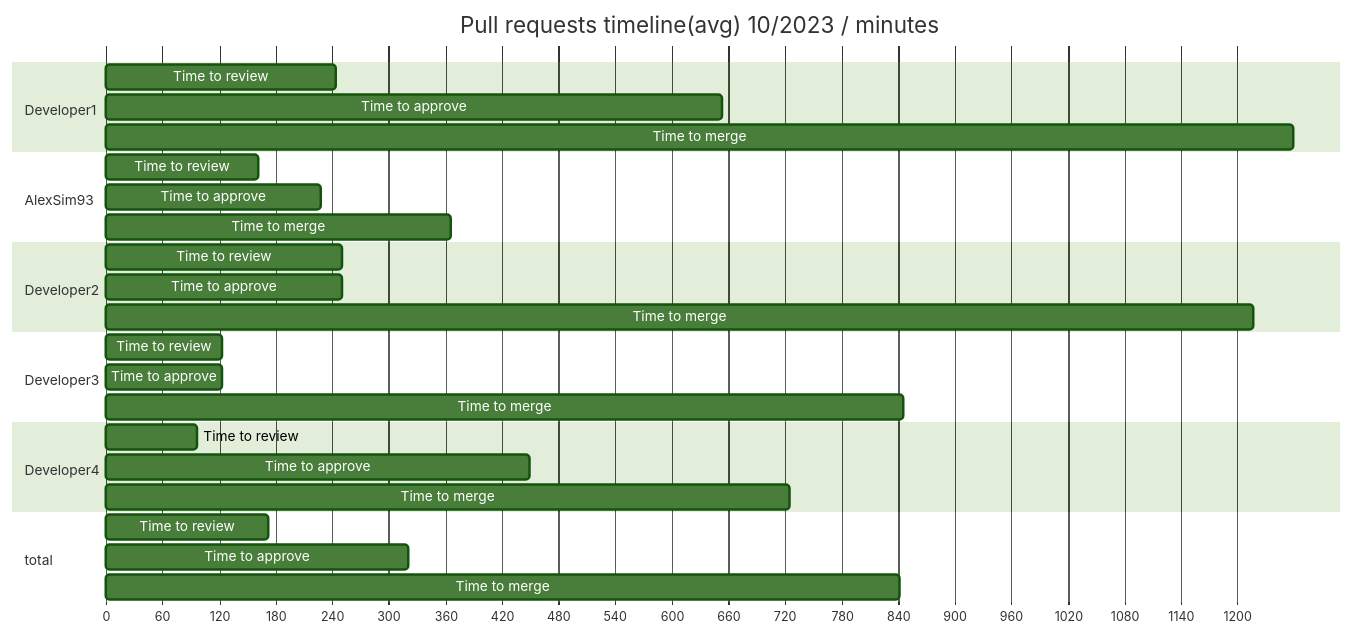
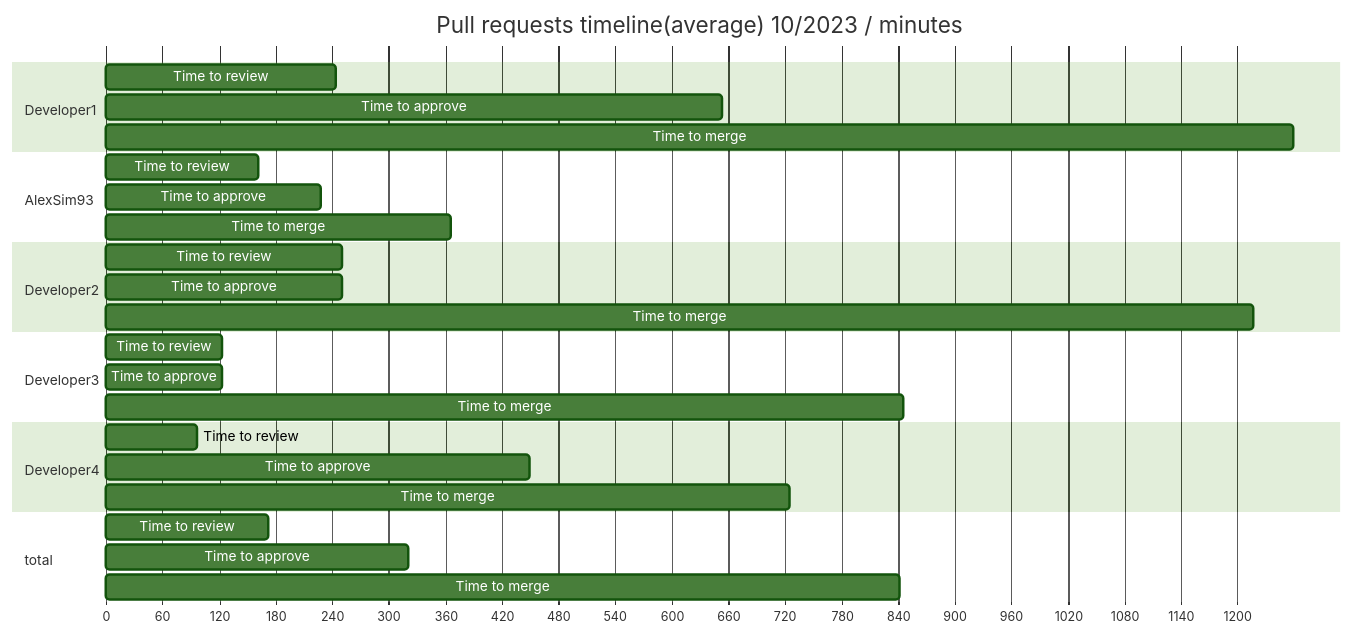
The fourth of 12 diagrams in examples/periodReport.md (AlexSim93/pull-request-analytics-action), drawn with Mermaid (forest theme) before and after one commit. The commit also changed other lines of this file and 12 other files, not shown here.

````diff
--- a/examples/periodReport.md
+++ b/examples/periodReport.md
@@ -201,36 +201,36 @@
 ```mermaid
 gantt
-title Pull requests timeline(avg) 10/2023 / minutes
+title Pull requests timeline(average) 10/2023 / minutes
 dateFormat X
 axisFormat %s
 section Developer1
                 Time to review :  0, 244
 Time to approve :  0, 654
 Time to merge :  0, 1259
 
 section AlexSim93
                 Time to review :  0, 162
 Time to approve :  0, 228
 Time to merge :  0, 366
 
 section Developer2
                 Time to review :  0, 250
 Time to approve :  0, 250
 Time to merge :  0, 1216
 
 section Developer3
                 Time to review :  0, 123
 Time to approve :  0, 123
 Time to merge :  0, 846
 
 section Developer4
                 Time to review :  0, 97
 Time to approve :  0, 449
 Time to merge :  0, 725
 
 section total
                 Time to review :  0, 172
 Time to approve :  0, 321
 Time to merge :  0, 841
 
 ```
````
